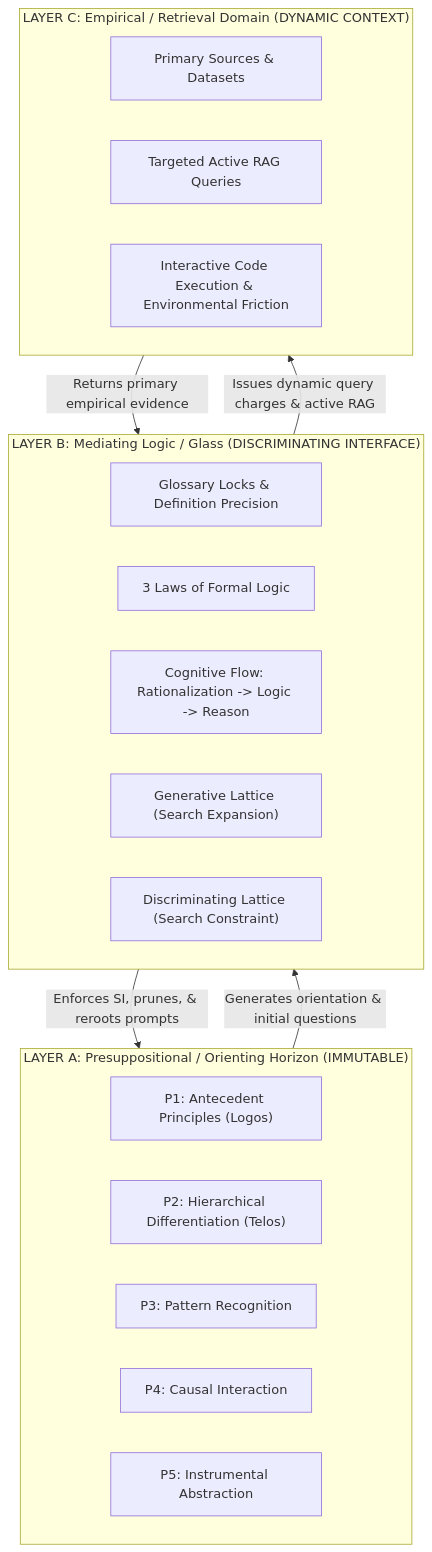
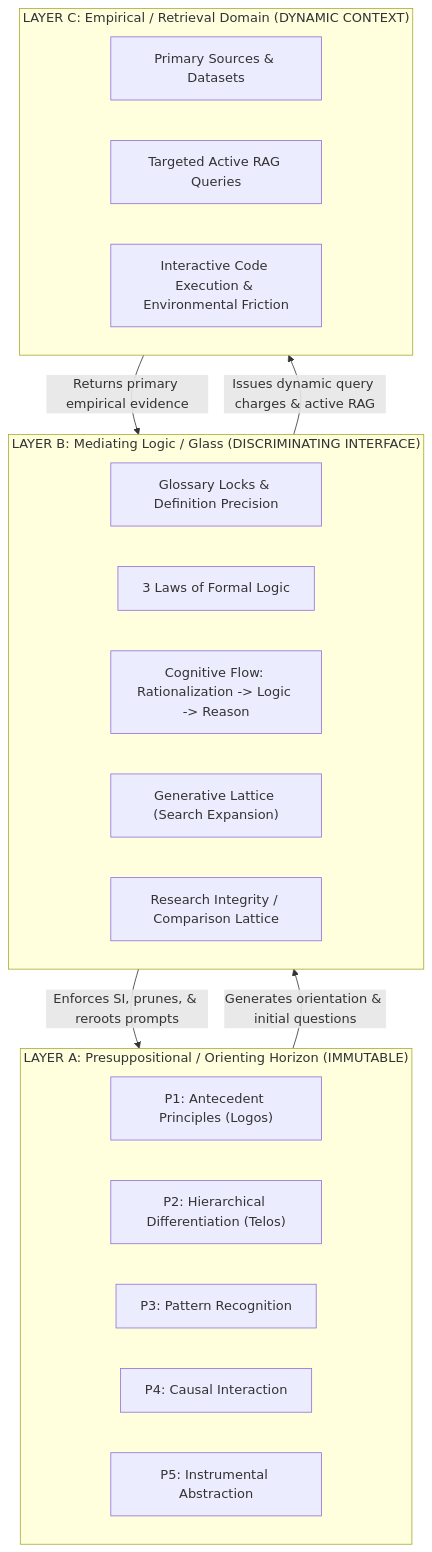
The first of 3 diagrams in PRESUPPOSITIONAL_RAG.md (Fractal-Deployment/twinglass-pack), drawn with Mermaid before and after one commit. The commit also changed other lines of this file and 9 other files, not shown here.

````diff
--- a/PRESUPPOSITIONAL_RAG.md
+++ b/PRESUPPOSITIONAL_RAG.md
@@ -25,29 +25,29 @@
 ```mermaid
 flowchart TD
     subgraph LAYER_A ["LAYER A: Presuppositional / Orienting Horizon (IMMUTABLE)"]
         P1["P1: Antecedent Principles (Logos)"]
         P2["P2: Hierarchical Differentiation (Telos)"]
         P3["P3: Pattern Recognition"]
         P4["P4: Causal Interaction"]
         P5["P5: Instrumental Abstraction"]
     end
 
     subgraph LAYER_B ["LAYER B: Mediating Logic / Glass (DISCRIMINATING INTERFACE)"]
         GLOSS["Glossary Locks & Definition Precision"]
         LOGIC["3 Laws of Formal Logic"]
         COGNITION["Cognitive Flow: Rationalization -> Logic -> Reason"]
         GEN_LAT["Generative Lattice (Search Expansion)"]
-        DISC_LAT["Discriminating Lattice (Search Constraint)"]
+        DISC_LAT["Research Integrity / Comparison Lattice"]
     end
 
     subgraph LAYER_C ["LAYER C: Empirical / Retrieval Domain (DYNAMIC CONTEXT)"]
         PRIMARY["Primary Sources & Datasets"]
         ACTIVE_RAG["Targeted Active RAG Queries"]
         FRICTION["Interactive Code Execution & Environmental Friction"]
     end
 
     LAYER_A -->|"Generates orientation & initial questions"| LAYER_B
     LAYER_B -->|"Issues dynamic query charges & active RAG"| LAYER_C
     LAYER_C -->|"Returns primary empirical evidence"| LAYER_B
     LAYER_B -->|"Enforces SI, prunes, & reroots prompts"| LAYER_A
 ```
````
